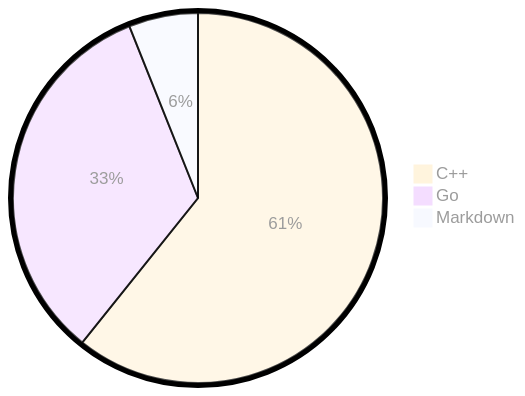
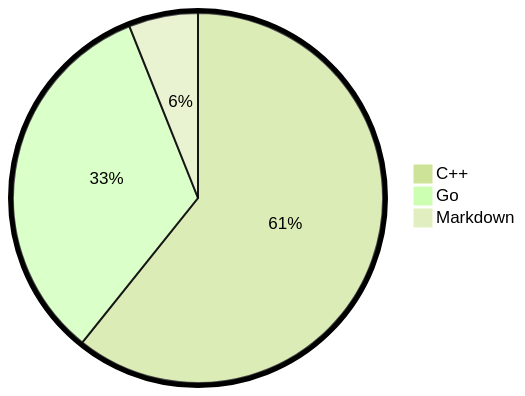
One commit to tot0p/tot0p changed the diagram in README.md. Above: the diagram before and after it, drawn with Mermaid.

Commit message:
wakatime update

````diff
--- a/README.md
+++ b/README.md
@@ -77,7 +77,7 @@
 ```mermaid
-%%{init: {"pie": {"textPosition": 0.5}, "themeVariables": {"pieOuterStrokeWidth": "5px","primaryTextColor" : "#9C9C9C"},"theme":"base"} }%%
+%%{init: {"pie": {"textPosition": 0.5}, "themeVariables": {"pieOuterStrokeWidth": "5px","primaryTextColor" : "#9C9C9C"},"theme":"forest"} }%%
 pie
 	"C++": 60.04
 	"Go": 32.82
 	"Markdown": 5.98
 ```
````
